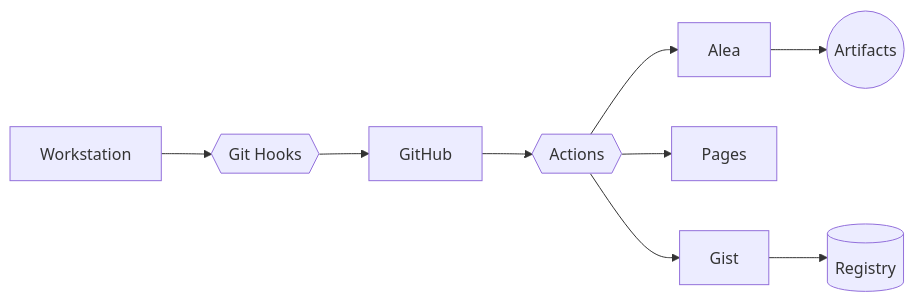
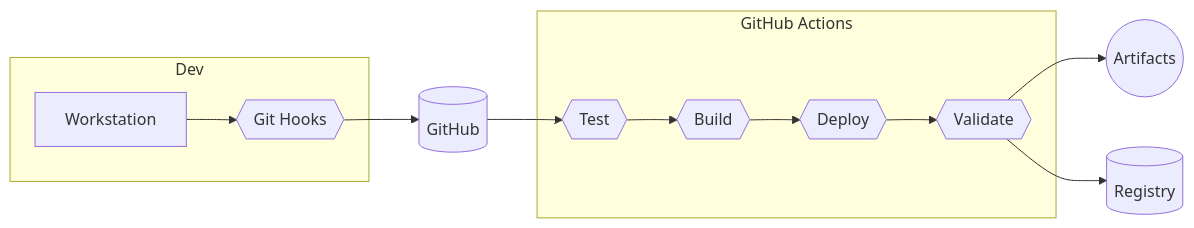
One commit to weshenderson/weshenderson.github.io changed the diagram in README.md. Above: the diagram before and after it, drawn with Mermaid. The commit also changed other lines of this file, not shown here.

````diff
--- a/README.md
+++ b/README.md
@@ -19,15 +44,18 @@
 ```mermaid
 flowchart LR
-    A[Workstation] --> B{{Git Hooks}}
+    subgraph Dev
+      A[Workstation] --> B{{Git Hooks}}
+    end
 
-    B --> C[GitHub]
+    B --> C[(GitHub)]
+    C --> D{{Test}}
 
-    C --> D{{Actions}}
+    subgraph GitHub Actions
+      D --> E{{Build}}
+      E --> F{{Deploy}}
+      F --> G{{Validate}}
+    end
 
-    D --> E[Alea]
-    D --> F[Pages]
-    D --> G[Gist]
-
-    E --> H((Artifacts))
-    G --> I[(Registry)]
+    G --> J((Artifacts))
+    G --> K[(Registry)]
 ```
````
